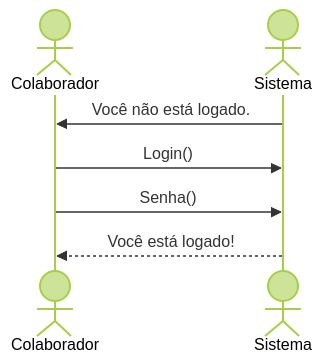
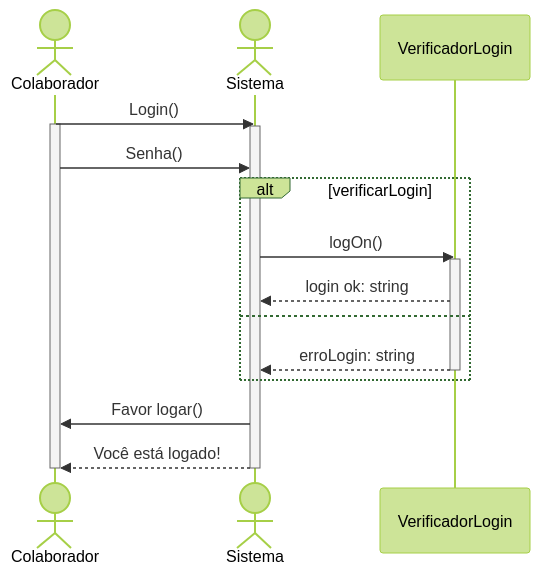
One commit to branqsMRP/SequenceDiagram changed the diagram in DiagramaSequencia/login.md. Above: the diagram before and after it, drawn with Mermaid (forest theme). The commit also changed 1 other file, not shown here.

Commit message:
commit 1.1

````diff
--- a/DiagramaSequencia/login.md
+++ b/DiagramaSequencia/login.md
@@ -1,10 +1,27 @@
 ```mermaid
 sequenceDiagram
     % diagrama da tela de Login
     actor Colaborador
     actor Sistema
-    Sistema->>Colaborador: Você não está logado.
+    participant V as VerificadorLogin
+
     Colaborador->>Sistema: Login()
+    activate Colaborador
+    activate Sistema
     Colaborador->>Sistema: Senha() 
+
+    alt verificarLogin
+        Sistema->>V: logOn()
+        activate V
+        V-->>Sistema: login ok: string
+    else
+        V-->>Sistema: erroLogin: string
+        deactivate V
+    end
+
+    Sistema->>Colaborador: Favor logar()
+    
     Sistema-->>Colaborador: Você está logado!
+    deactivate Sistema
+    deactivate Colaborador
 ```
````
